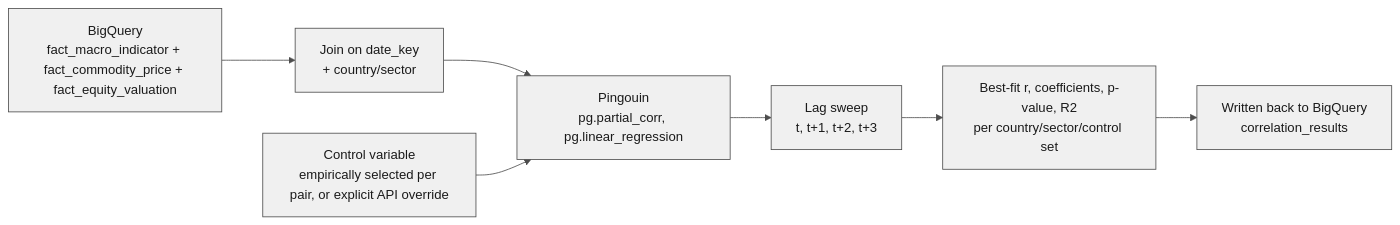
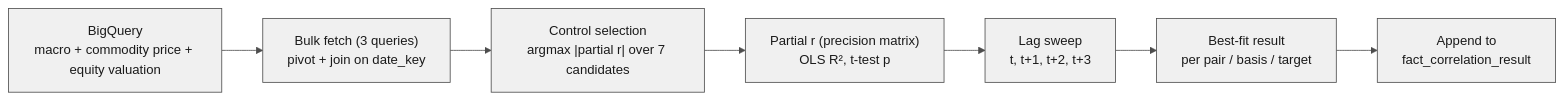
One commit to bakuncwa/mp-commodities-corr changed the third of 3 diagrams in README.md. Above: the diagram before and after it, drawn with Mermaid. The commit also changed other lines of this file and 23 other files, not shown here.

````diff
--- a/README.md
+++ b/README.md
@@ -724,15 +229,13 @@
 ```mermaid
 %%{init: {'theme': 'base', 'themeVariables': { 'primaryColor': '#f0f0f0', 'primaryBorderColor': '#4d4d4d', 'primaryTextColor': '#1a1a1a', 'lineColor': '#4d4d4d', 'secondaryColor': '#e0e0e0', 'tertiaryColor': '#ffffff' }}}%%
 flowchart LR
-    A["BigQuery<br/>fact_macro_indicator + fact_commodity_price + fact_equity_valuation"]
-    B["Join on date_key<br/>+ country/sector"]
-    C["Control variable<br/>empirically selected per pair, or explicit API override"]
-    D["Pingouin<br/>pg.partial_corr, pg.linear_regression"]
+    A["BigQuery<br/>macro + commodity price + equity valuation"]
+    B["Bulk fetch (3 queries)<br/>pivot + join on date_key"]
+    C["Control selection<br/>argmax |partial r| over 7 candidates"]
+    D["Partial r (precision matrix)<br/>OLS R², t-test p"]
     E["Lag sweep<br/>t, t+1, t+2, t+3"]
-    F["Best-fit r, coefficients, p-value, R2<br/>per country/sector/control set"]
-    G["Written back to BigQuery<br/>correlation_results"]
+    F["Best-fit result<br/>per pair / basis / target"]
+    G["Append to<br/>fact_correlation_result"]
 
-    A --> B --> D
-    C --> D
-    D --> E --> F --> G
+    A --> B --> C --> D --> E --> F --> G
 ```
````
